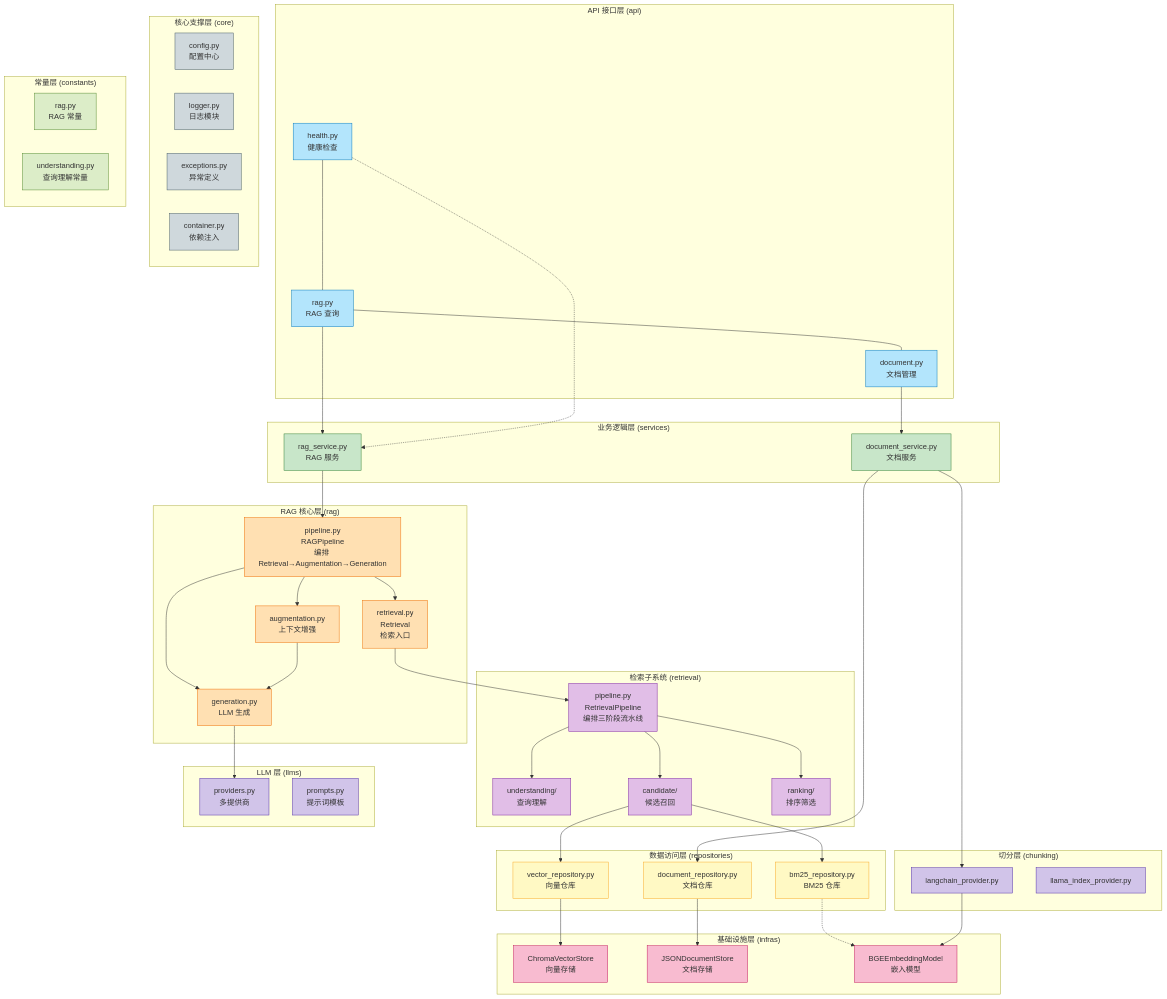
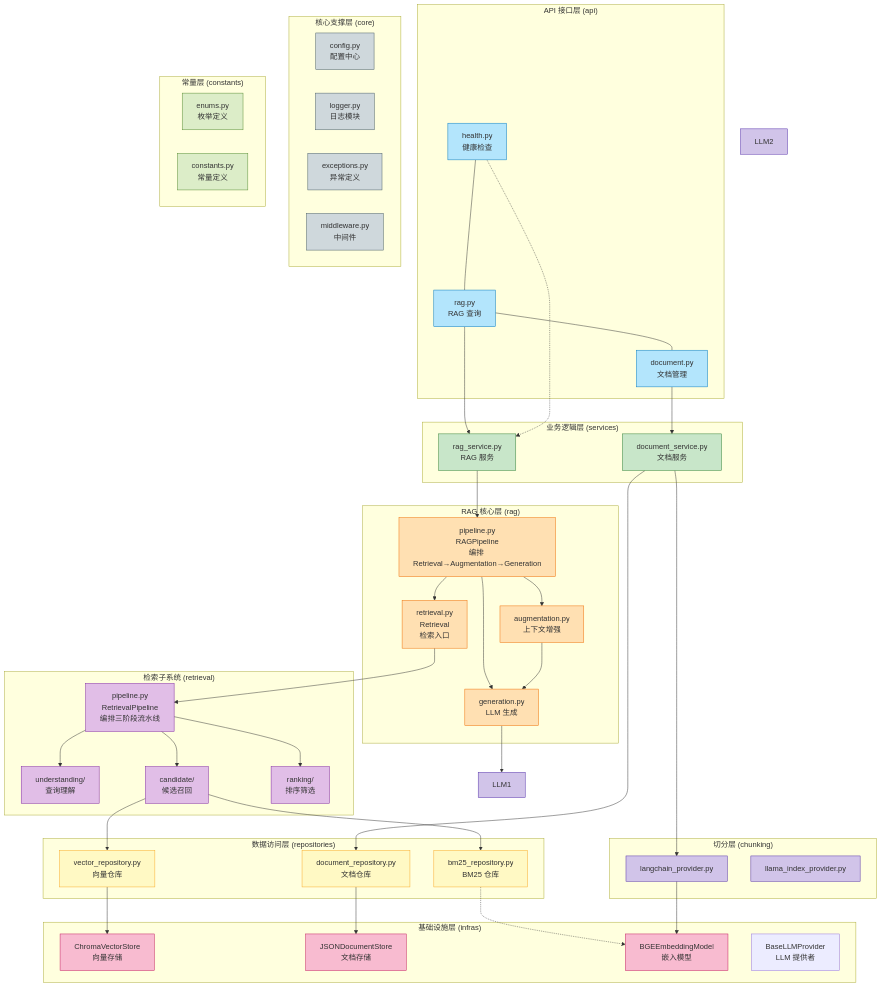
One commit to chain-engine/x-GuanHai changed the first of 4 diagrams in README.md. Above: the diagram before and after it, drawn with Mermaid. The commit also changed other lines of this file and 55 other files, not shown here.

```diff
--- a/README.md
+++ b/README.md
@@ -318,11 +317,7 @@
         I1["ChromaVectorStore<br/>向量存储"]
         I2["JSONDocumentStore<br/>文档存储"]
         I3["BGEEmbeddingModel<br/>嵌入模型"]
-    end
-
-    subgraph "LLM 层 (llms)"
-        LLM1["providers.py<br/>多提供商"]
-        LLM2["prompts.py<br/>提示词模板"]
+        I4["BaseLLMProvider<br/>LLM 提供者"]
     end
 
     subgraph "切分层 (chunking)"
@@ -334,12 +329,12 @@
         C1["config.py<br/>配置中心"]
         C2["logger.py<br/>日志模块"]
         C3["exceptions.py<br/>异常定义"]
-        C4["container.py<br/>依赖注入"]
+        C4["middleware.py<br/>中间件"]
     end
 
     subgraph "常量层 (constants)"
-        CON1["rag.py<br/>RAG 常量"]
-        CON2["understanding.py<br/>查询理解常量"]
+        CON1["enums.py<br/>枚举定义"]
+        CON2["constants.py<br/>常量定义"]
     end
 
     A2 --> SVC1
```
